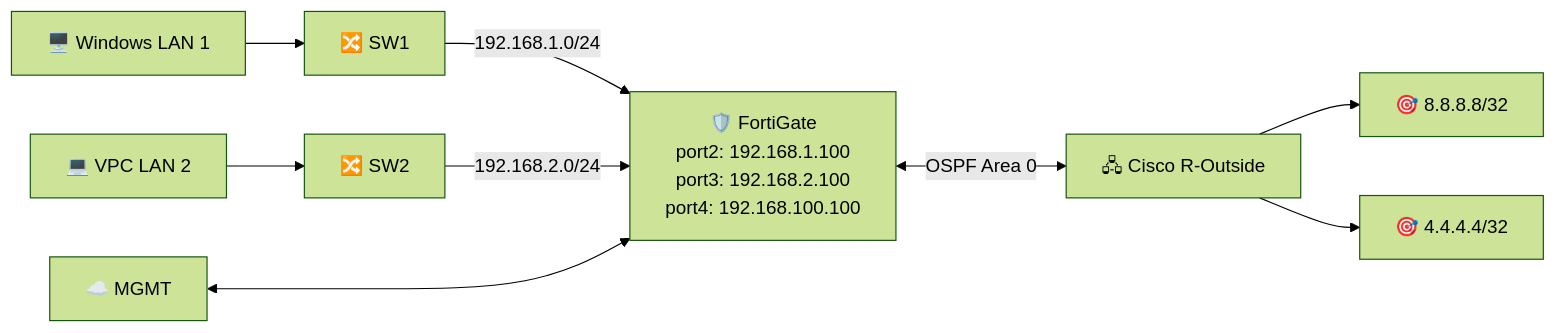
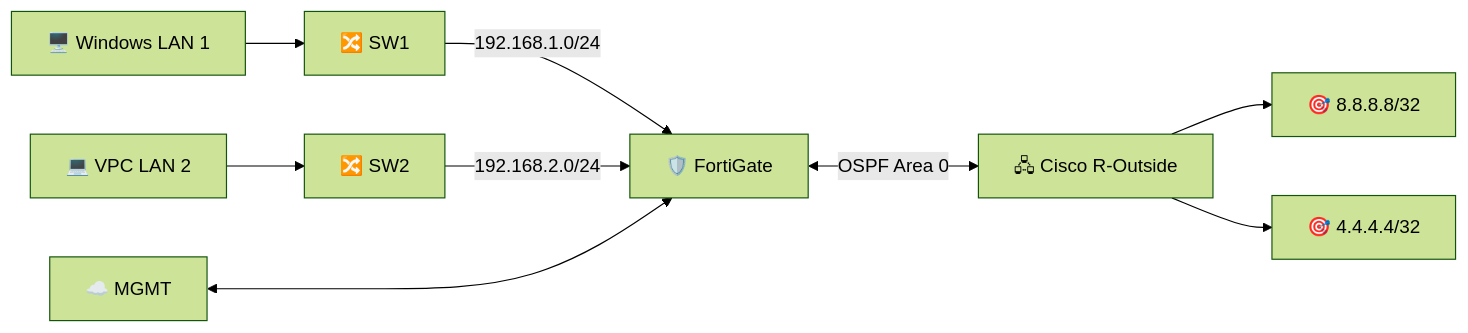
One commit to ethicasec/EthicaHomeLab changed the diagram in FortiGate/Configuration/OSPF/FortiGate_OSPF_GitHub_Styled/README.md. Above: the diagram before and after it, drawn with Mermaid (forest theme). The commit also changed other lines of this file, not shown here.

Commit message:
Fortigate OSPF Lab

````diff
--- a/FortiGate/Configuration/OSPF/FortiGate_OSPF_GitHub_Styled/README.md
+++ b/FortiGate/Configuration/OSPF/FortiGate_OSPF_GitHub_Styled/README.md
@@ -46,12 +46,12 @@
 ```mermaid
 flowchart LR
     A[🖥️ Windows LAN 1] --> SW1["🔀 SW1"] --> |"192.168.1.0/24"| F[🛡️ FortiGate]
 
-    B[💻 VPC LAN 2] --> SW2["🔀 SW2"] -->|"192.168.2.0/24"| F["🛡️ FortiGate <br>port2: 192.168.1.100<br/>port3: 192.168.2.100<br/>port4: 192.168.100.100"]
+    B[💻 VPC LAN 2] --> SW2["🔀 SW2"] -->|"192.168.2.0/24"| F
     
     MGMT["☁️ MGMT"] <---> F<-->|OSPF Area 0| C[🖧 Cisco R-Outside]
     
     C --> D[🎯 8.8.8.8/32]
     
     C --> E[🎯 4.4.4.4/32]
 ```
````
